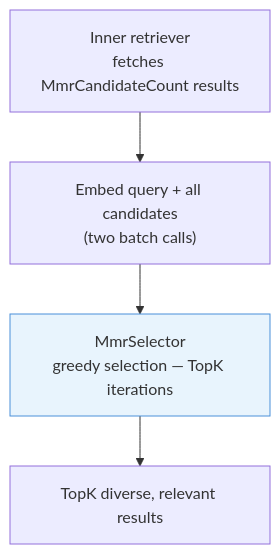
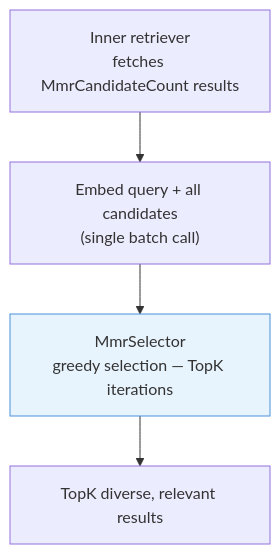
Before and after one commit to MarcelRoozekrans/Rag.NET: the third of 4 diagrams in docs/post-retrieval.md, drawn with Mermaid. The commit also changed other lines of this file and 5 other files, not shown here.

Commit message:
docs: fix stale token_length mention and update mermaid; tests: add ClearAsync, lambda guard, and MmrCandidateCount coverage

````diff
--- a/docs/post-retrieval.md
+++ b/docs/post-retrieval.md
@@ -166,11 +166,11 @@
 ```mermaid
 flowchart TD
     INNER["Inner retriever<br>fetches MmrCandidateCount results"]
-    EMBED["Embed query + all candidates<br>(two batch calls)"]
+    EMBED["Embed query + all candidates<br>(single batch call)"]
     MMR["MmrSelector<br>greedy selection — TopK iterations"]
     OUT["TopK diverse, relevant results"]
 
     INNER --> EMBED --> MMR --> OUT
 
     style MMR fill:#e8f4fd,stroke:#4a90d9
 ```
````
